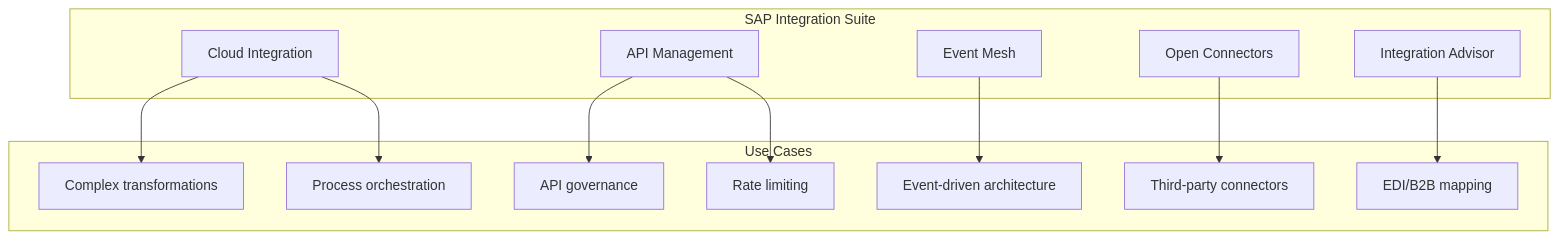
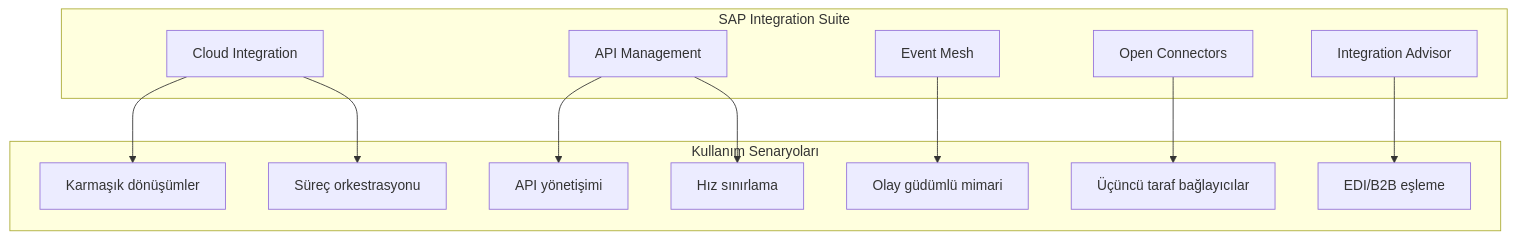
One commit to beyhanmeyrali/sap-all changed the first of 8 diagrams in Technical Tutorials/BTP/TR/chapters/15-integration-suite.md. Above: the diagram before and after it, drawn with Mermaid. The commit also changed other lines of this file and 11 other files, not shown here.

````diff
--- a/Technical Tutorials/BTP/TR/chapters/15-integration-suite.md
+++ b/Technical Tutorials/BTP/TR/chapters/15-integration-suite.md
@@ -13,20 +13,20 @@
 ```mermaid
 graph TD
     subgraph "SAP Integration Suite"
         CPI[Cloud Integration]
         APIM[API Management]
         EM[Event Mesh]
         OD[Open Connectors]
         IG[Integration Advisor]
     end
 
-    subgraph "Use Cases"
-        CPI --> U1[Complex transformations]
-        CPI --> U2[Process orchestration]
-        APIM --> U3[API governance]
-        APIM --> U4[Rate limiting]
-        EM --> U5[Event-driven architecture]
-        OD --> U6[Third-party connectors]
-        IG --> U7[EDI/B2B mapping]
+    subgraph "Kullanım Senaryoları"
+        CPI --> U1[Karmaşık dönüşümler]
+        CPI --> U2[Süreç orkestrasyonu]
+        APIM --> U3[API yönetişimi]
+        APIM --> U4[Hız sınırlama]
+        EM --> U5[Olay güdümlü mimari]
+        OD --> U6[Üçüncü taraf bağlayıcılar]
+        IG --> U7[EDI/B2B eşleme]
     end
 ```
````
